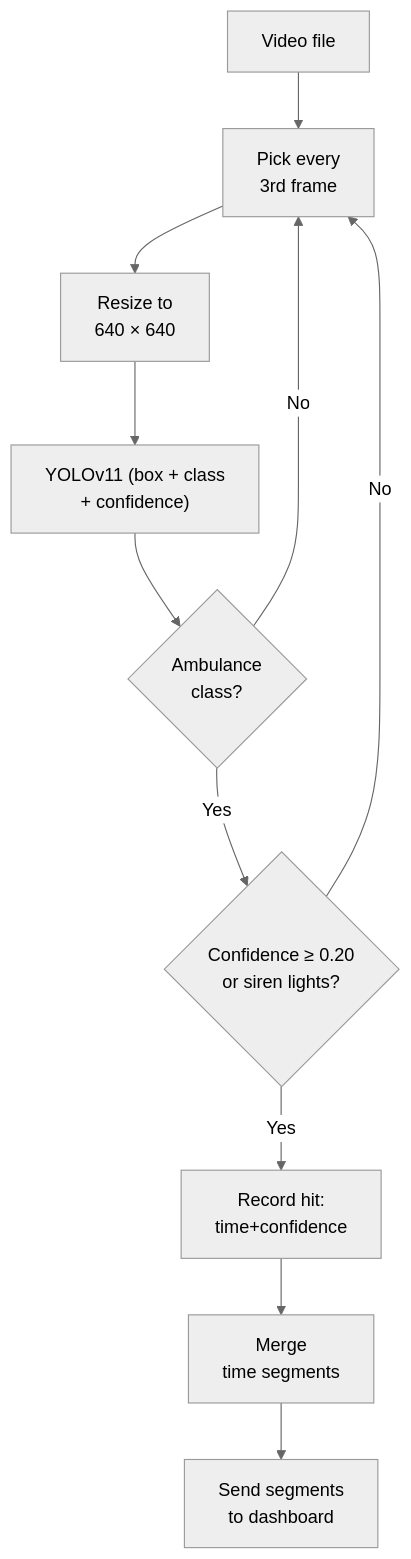
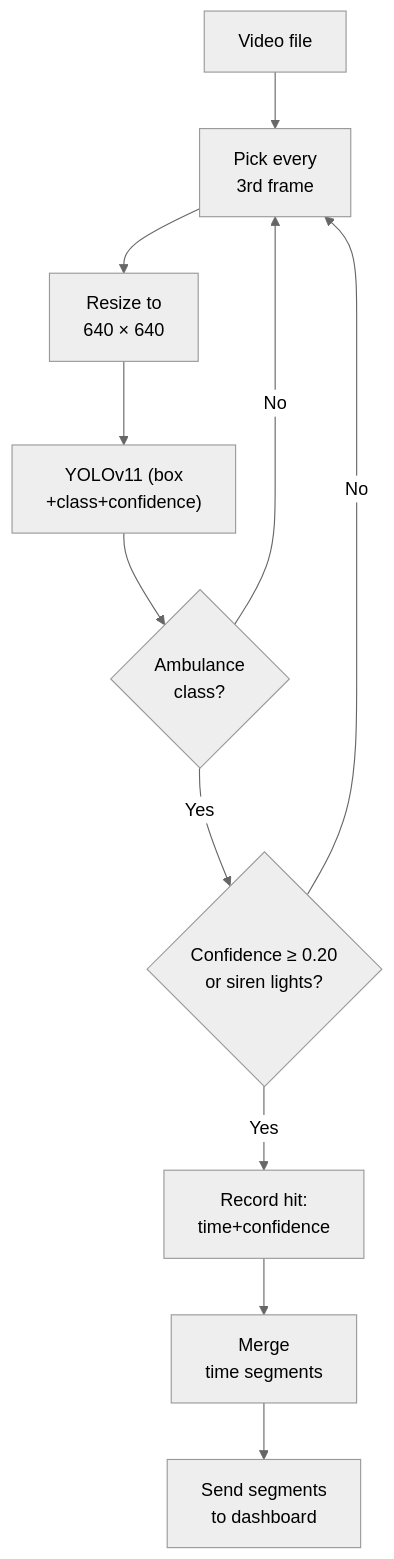
The second of 3 diagrams in README.md (ritamdeep/emergency-vehicle-ai-detection), drawn with Mermaid (neutral theme) before and after one commit.

Commit message:
Fix formatting in flowchart for YOLOv11 step

````diff
--- a/README.md
+++ b/README.md
@@ -252,13 +252,13 @@
 ```mermaid
 flowchart TD
     A["Video file"] --> B["Pick every<br/>3rd frame"]
     B --> C["Resize to<br/>640 × 640"]
-    C --> D["YOLOv11 (box + class<br/>+ confidence)"]
+    C --> D["YOLOv11 (box<br/>+class+confidence)"]
     D --> E{"Ambulance<br/>class?"}
     E -- No --> B
     E -- Yes --> F{"Confidence &ge; 0.20<br/>or siren lights?"}
     F -- No --> B
     F -- Yes --> G["Record hit:<br/>time+confidence"]
     G --> H["Merge<br/>time segments"]
     H --> I["Send segments<br/>to dashboard"]
 ```
````
